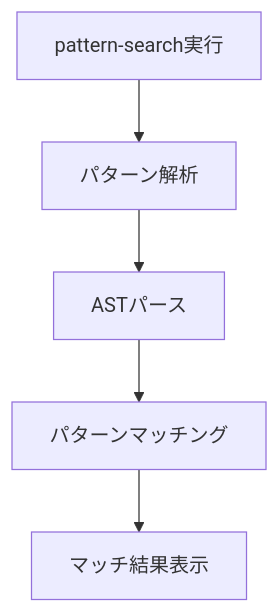
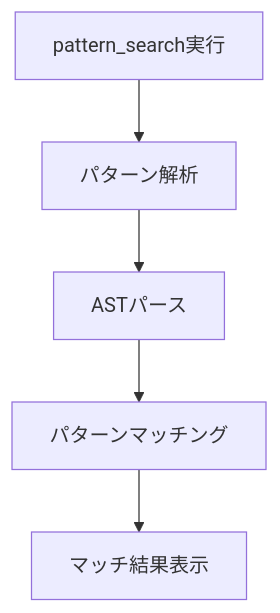
One commit to kamogashira-sys/q-cli-docs changed the first of 2 diagrams in kiro-docs/01_features/09_ASTPatternTools.md. Above: the diagram before and after it, drawn with Mermaid. The commit also changed other lines of this file and 44 other files, not shown here.

````diff
--- a/kiro-docs/01_features/09_ASTPatternTools.md
+++ b/kiro-docs/01_features/09_ASTPatternTools.md
@@ -359,7 +303,7 @@
 ```mermaid
 graph TD
-    A[pattern-search実行] --> B[パターン解析]
+    A[pattern_search実行] --> B[パターン解析]
     B --> C[ASTパース]
     C --> D[パターンマッチング]
     D --> E[マッチ結果表示]
 ```
````
